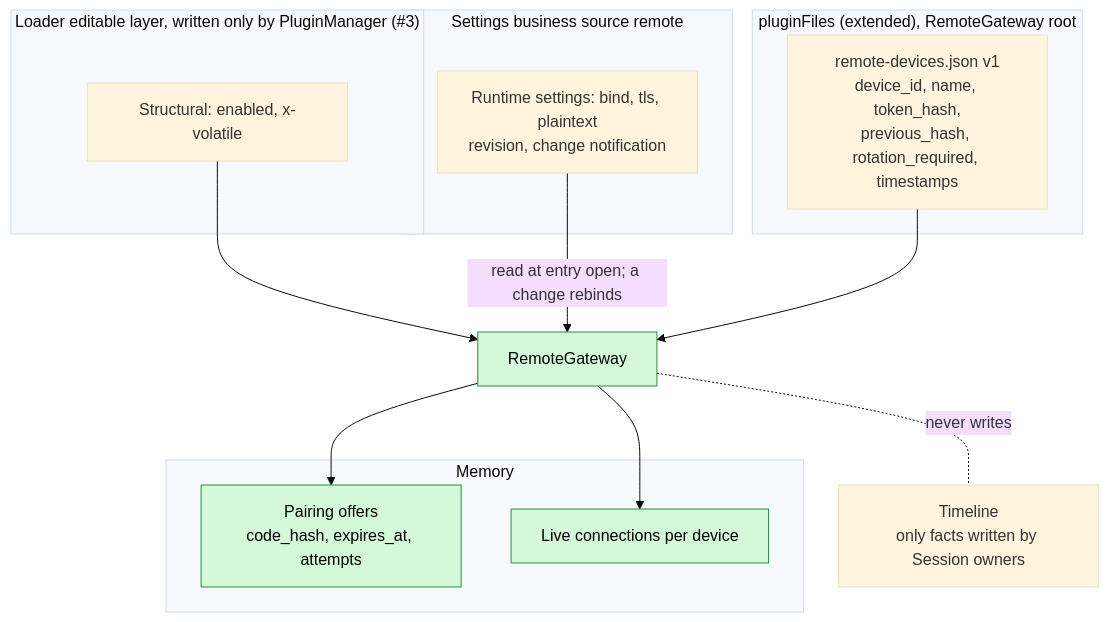
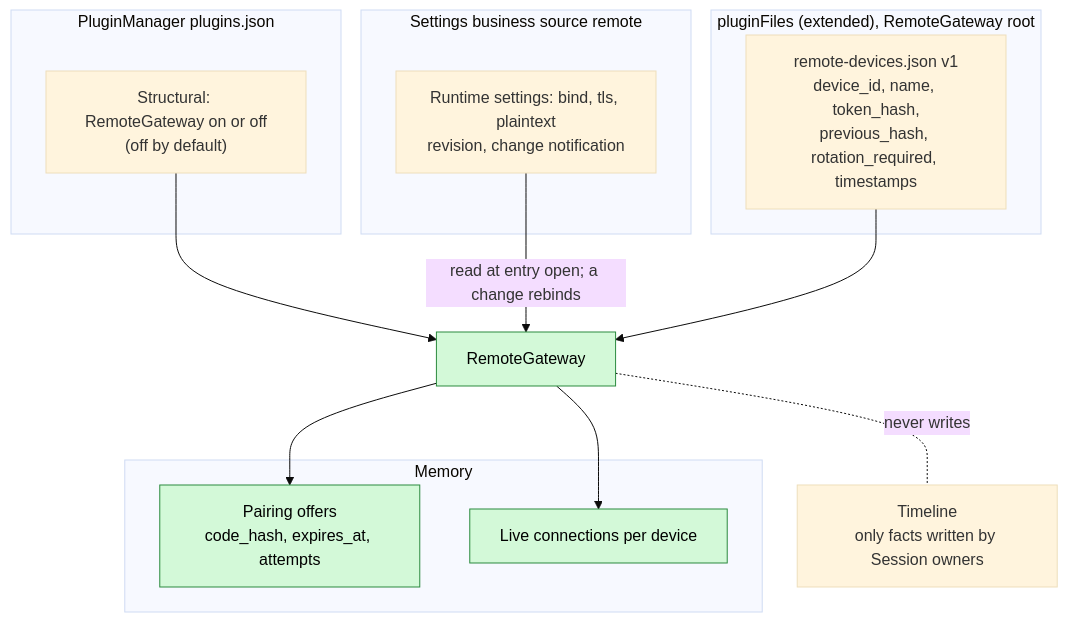
Before and after one commit to CoutinhoTTS/dim-agent: the second of 6 diagrams in docs/design/plugins/RemoteGateway.md, drawn with Mermaid (base theme). The commit also changed other lines of this file and 8 other files, not shown here.

First line of the commit message:
docs(plugins): turn RemoteGateway on and off as a plugin

````diff
--- a/docs/design/plugins/RemoteGateway.md
+++ b/docs/design/plugins/RemoteGateway.md
@@ -49,24 +49,24 @@
 ```mermaid
 flowchart TB
-  subgraph LEL["Loader editable layer, written only by PluginManager (#3)"]
-    CFG["Structural: enabled, x-volatile"]
+  subgraph LEL["PluginManager plugins.json"]
+    CFG["Structural: RemoteGateway on or off<br/>(off by default)"]
   end
   subgraph BS["Settings business source remote"]
     RS["Runtime settings: bind, tls, plaintext<br/>revision, change notification"]
   end
   subgraph PS["pluginFiles (extended), RemoteGateway root"]
     DEVS["remote-devices.json v1<br/>device_id, name, token_hash,<br/>previous_hash, rotation_required, timestamps"]
   end
   subgraph MEM["Memory"]
     OFF["Pairing offers<br/>code_hash, expires_at, attempts"]:::new
     LIVE["Live connections per device"]:::new
   end
   TL["Timeline<br/>only facts written by Session owners"]
   CFG --> RG["RemoteGateway"]:::new
   RS -->|"read at entry open; a change rebinds"| RG
   DEVS --> RG
   RG --> OFF
   RG --> LIVE
   RG -.-|"never writes"| TL
   classDef new fill:#d3f9d8,stroke:#2b8a3e,color:#000
 ```
````
